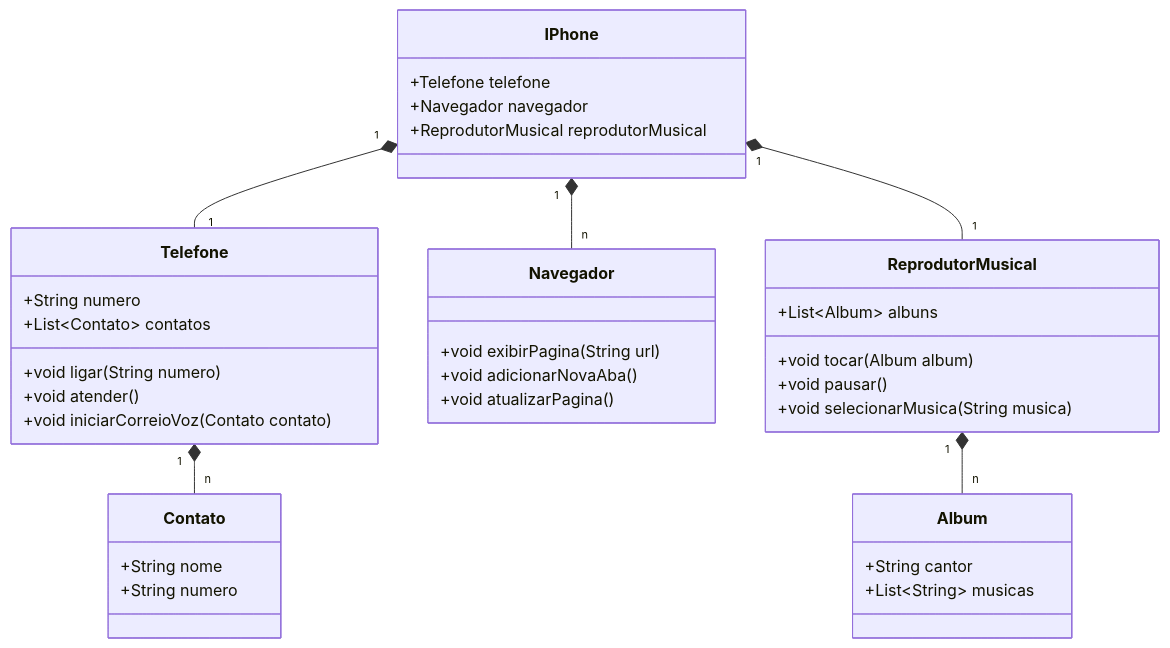
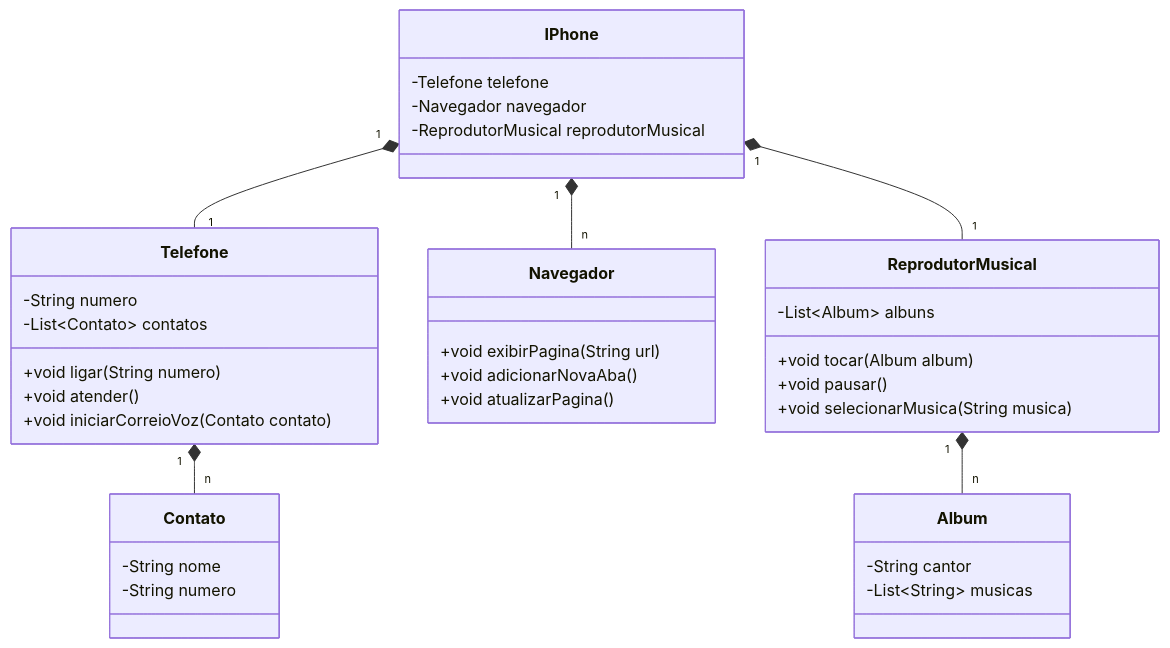
The diagram in README.md (lyusk8/diagramacao-classe-Iphone), drawn with Mermaid before and after one commit.

````diff
--- a/README.md
+++ b/README.md
@@ -4,45 +4,45 @@
 ```mermaid
 classDiagram
 class IPhone {
-  +Telefone telefone
-  +Navegador navegador
-  +ReprodutorMusical reprodutorMusical
+  -Telefone telefone
+  -Navegador navegador
+  -ReprodutorMusical reprodutorMusical
 }
 
 class Telefone {
-  +String numero
-  +List~Contato~ contatos
+  -String numero
+  -List~Contato~ contatos
   +void ligar(String numero)
   +void atender()
   +void iniciarCorreioVoz(Contato contato)
 }
 
 class Contato {
-  +String nome
-  +String numero
+  -String nome
+  -String numero
 }
 
 class Navegador {
   +void exibirPagina(String url)
   +void adicionarNovaAba()
   +void atualizarPagina()
 }
 
 class ReprodutorMusical {
-  +List~Album~ albuns
+  -List~Album~ albuns
   +void tocar(Album album)
   +void pausar()
   +void selecionarMusica(String musica)
 }
 
 class Album {
-  +String cantor
-  +List~String~ musicas
+  -String cantor
+  -List~String~ musicas
 }
 
 IPhone"1" *-- "1" Telefone
 IPhone "1" *-- "n" Navegador
 IPhone "1" *-- "1" ReprodutorMusical
 Telefone "1" *-- "n" Contato
 ReprodutorMusical "1" *-- "n" Album
 ```
````
